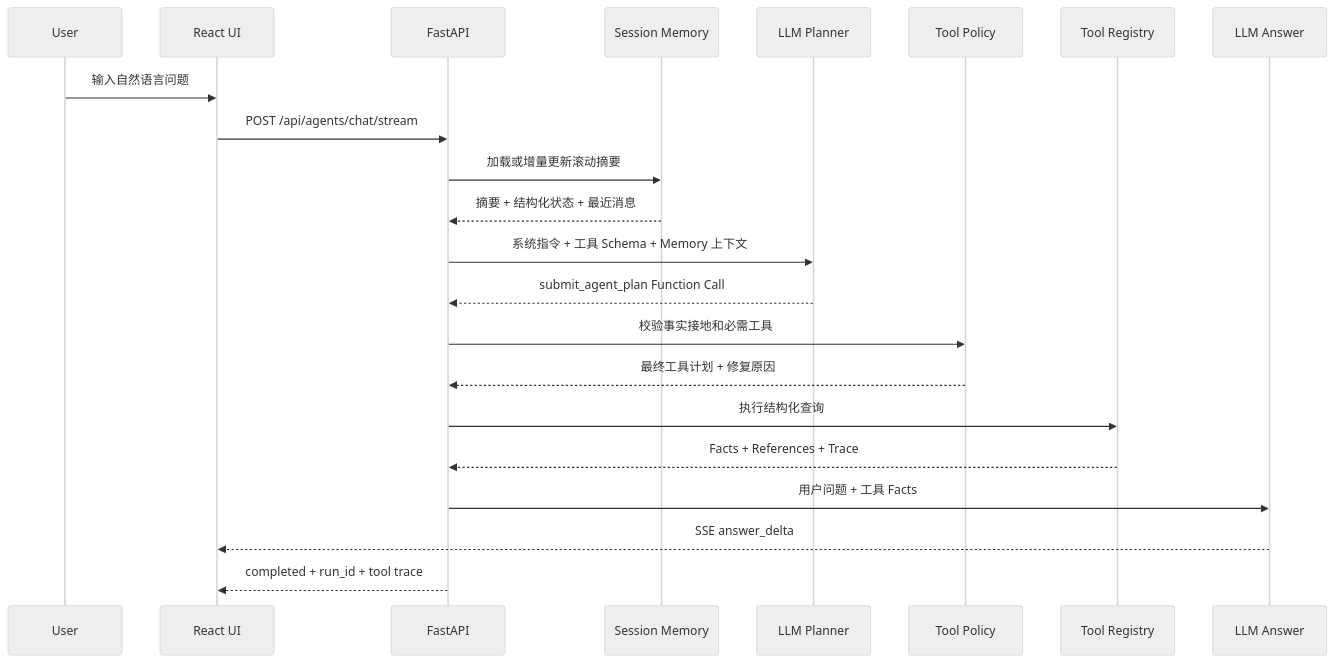
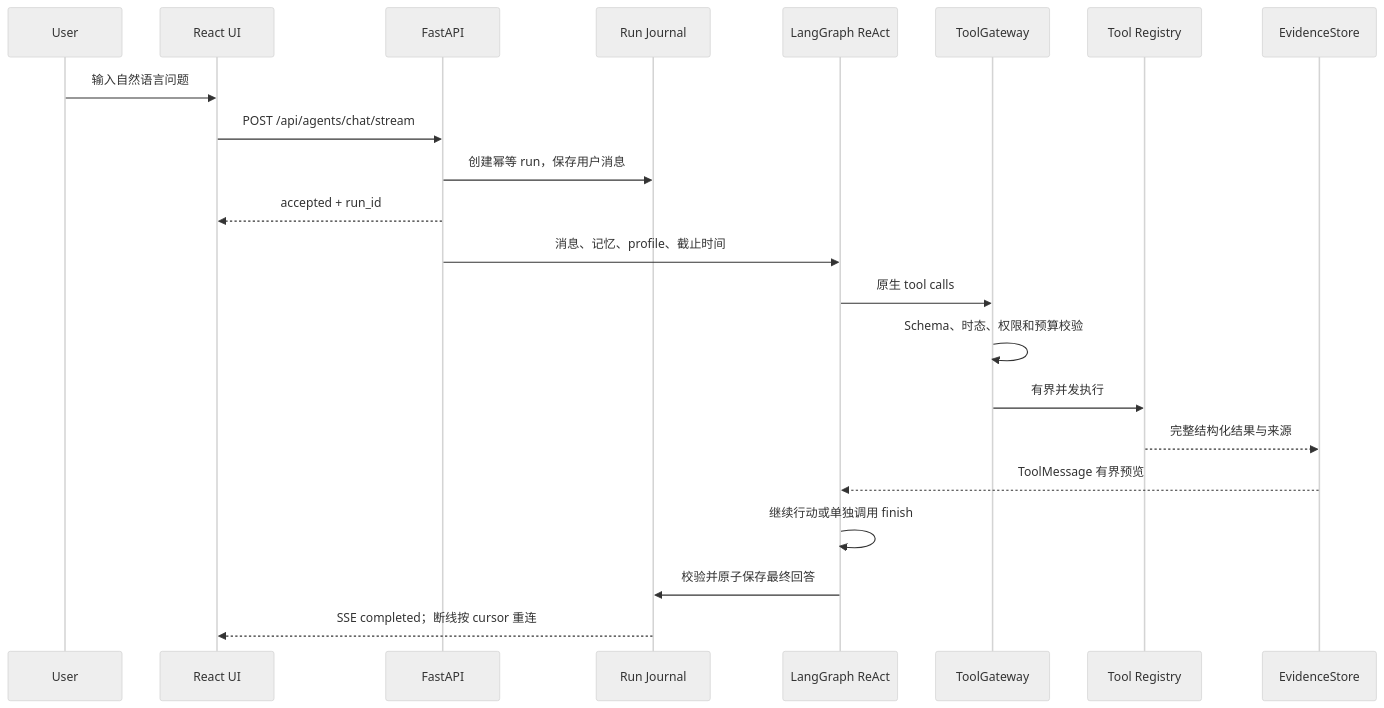
The second of 2 diagrams in README.md (bibofu/LimitUpLab), drawn with Mermaid (neutral theme) before and after one commit. The commit also changed other lines of this file and 10 other files, not shown here.

Commit message:
docs: publish V1.4 architecture baseline

````diff
--- a/README.md
+++ b/README.md
@@ -248,25 +245,25 @@
 ```mermaid
 sequenceDiagram
     participant User
     participant UI as React UI
     participant API as FastAPI
-    participant Memory as Session Memory
-    participant Planner as LLM Planner
-    participant Policy as Tool Policy
+    participant Journal as Run Journal
+    participant Graph as LangGraph ReAct
+    participant Gateway as ToolGateway
     participant Tools as Tool Registry
-    participant Answer as LLM Answer
+    participant Evidence as EvidenceStore
 
     User->>UI: 输入自然语言问题
     UI->>API: POST /api/agents/chat/stream
-    API->>Memory: 加载或增量更新滚动摘要
-    Memory-->>API: 摘要 + 结构化状态 + 最近消息
-    API->>Planner: 系统指令 + 工具 Schema + Memory 上下文
-    Planner-->>API: submit_agent_plan Function Call
-    API->>Policy: 校验事实接地和必需工具
-    Policy-->>API: 最终工具计划 + 修复原因
-    API->>Tools: 执行结构化查询
-    Tools-->>API: Facts + References + Trace
-    API->>Answer: 用户问题 + 工具 Facts
-    Answer-->>UI: SSE answer_delta
-    API-->>UI: completed + run_id + tool trace
+    API->>Journal: 创建幂等 run，保存用户消息
+    API-->>UI: accepted + run_id
+    API->>Graph: 消息、记忆、profile、截止时间
+    Graph->>Gateway: 原生 tool calls
+    Gateway->>Gateway: Schema、时态、权限和预算校验
+    Gateway->>Tools: 有界并发执行
+    Tools-->>Evidence: 完整结构化结果与来源
+    Evidence-->>Graph: ToolMessage 有界预览
+    Graph->>Graph: 继续行动或单独调用 finish
+    Graph->>Journal: 校验并原子保存最终回答
+    Journal-->>UI: SSE completed；断线按 cursor 重连
 ```
````
